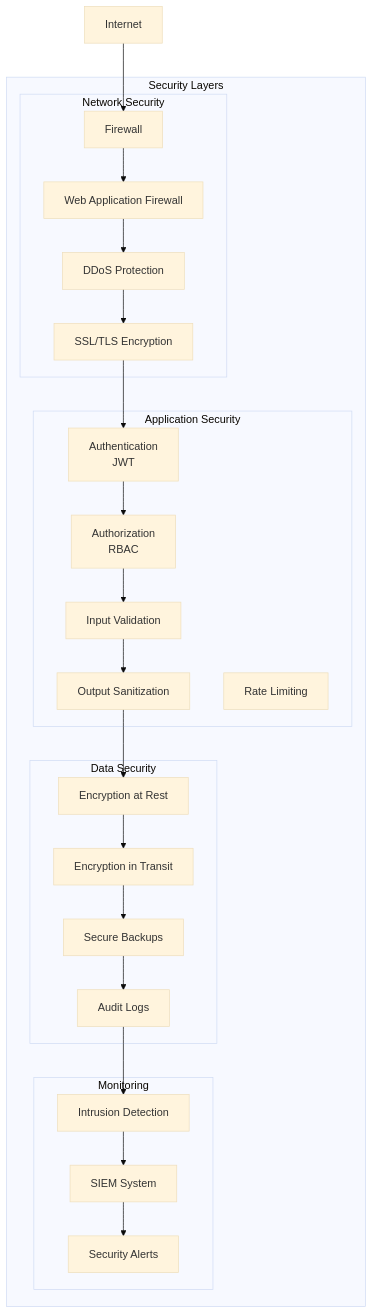
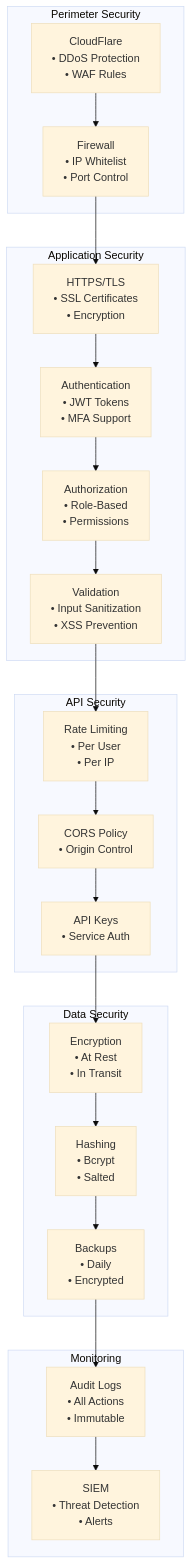
One commit to abdulrahman-riyad/Co-Learn changed diagram 12 of 12 in diagrams-and-docs/mvp-documentation.md. Above: the diagram before and after it, drawn with Mermaid (base theme). The commit also changed other lines of this file and 31 other files, not shown here.

Commit message:
diagrams updated

````diff
--- a/diagrams-and-docs/mvp-documentation.md
+++ b/diagrams-and-docs/mvp-documentation.md
@@ -1056,51 +671,48 @@
 ```mermaid
 graph TB
-    subgraph "Security Layers"
-        subgraph "Network Security"
-            FW[Firewall]
-            WAF[Web Application Firewall]
-            DDoS[DDoS Protection]
-            SSL[SSL/TLS Encryption]
-        end
-        
-        subgraph "Application Security"
-            Auth[Authentication<br/>JWT]
-            AuthZ[Authorization<br/>RBAC]
-            Validation[Input Validation]
-            Sanitization[Output Sanitization]
-            RateLimit[Rate Limiting]
-        end
-        
-        subgraph "Data Security"
-            Encryption[Encryption at Rest]
-            Transit[Encryption in Transit]
-            Backup[Secure Backups]
-            Audit[Audit Logs]
-        end
-        
-        subgraph "Monitoring"
-            IDS[Intrusion Detection]
-            SIEM[SIEM System]
-            Alerts[Security Alerts]
-        end
+    subgraph "Perimeter Security"
+        CloudFlare[CloudFlare<br/>• DDoS Protection<br/>• WAF Rules]
+        Firewall[Firewall<br/>• IP Whitelist<br/>• Port Control]
     end
     
-    Internet --> FW
-    FW --> WAF
-    WAF --> DDoS
-    DDoS --> SSL
+    subgraph "Application Security"
+        HTTPS[HTTPS/TLS<br/>• SSL Certificates<br/>• Encryption]
+        Auth[Authentication<br/>• JWT Tokens<br/>• MFA Support]
+        RBAC[Authorization<br/>• Role-Based<br/>• Permissions]
+        Validation[Validation<br/>• Input Sanitization<br/>• XSS Prevention]
+    end
     
-    SSL --> Auth
-    Auth --> AuthZ
-    AuthZ --> Validation
-    Validation --> Sanitization
+    subgraph "API Security"
+        RateLimit[Rate Limiting<br/>• Per User<br/>• Per IP]
+        CORS[CORS Policy<br/>• Origin Control]
+        APIKeys[API Keys<br/>• Service Auth]
+    end
     
-    Sanitization --> Encryption
-    Encryption --> Transit
-    Transit --> Backup
+    subgraph "Data Security"
+        Encryption[Encryption<br/>• At Rest<br/>• In Transit]
+        Hashing[Hashing<br/>• Bcrypt<br/>• Salted]
+        Backup[Backups<br/>• Daily<br/>• Encrypted]
+    end
+    
+    subgraph "Monitoring"
+        Audit[Audit Logs<br/>• All Actions<br/>• Immutable]
+        SIEM[SIEM<br/>• Threat Detection<br/>• Alerts]
+    end
+    
+    CloudFlare --> Firewall
+    Firewall --> HTTPS
+    HTTPS --> Auth
+    Auth --> RBAC
+    RBAC --> Validation
+    
+    Validation --> RateLimit
+    RateLimit --> CORS
+    CORS --> APIKeys
+    
+    APIKeys --> Encryption
+    Encryption --> Hashing
+    Hashing --> Backup
+    
     Backup --> Audit
-    
-    Audit --> IDS
-    IDS --> SIEM
-    SIEM --> Alerts
+    Audit --> SIEM
 ```
````
